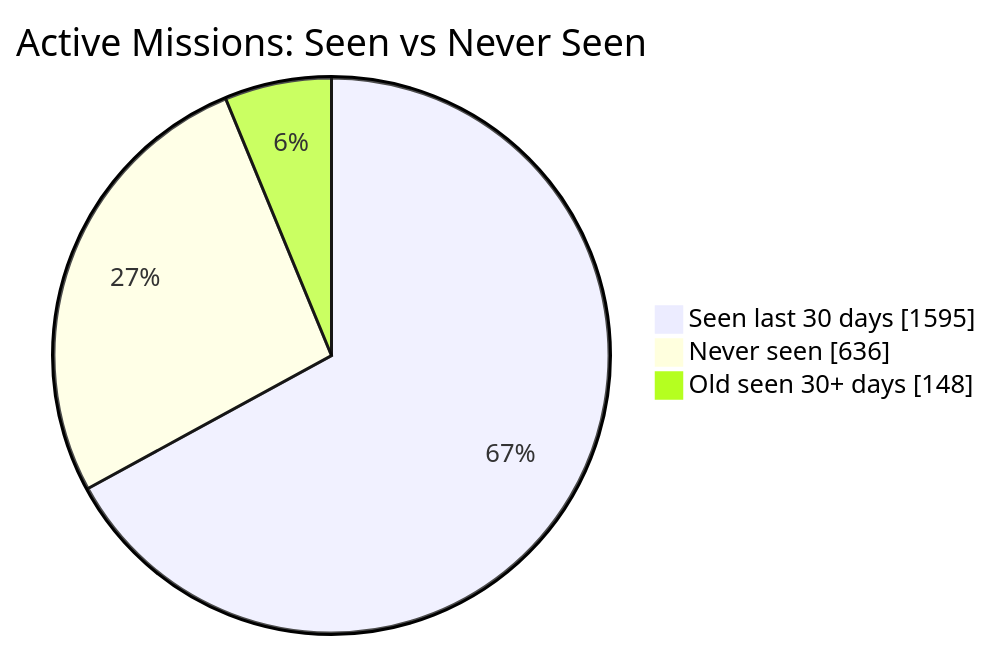
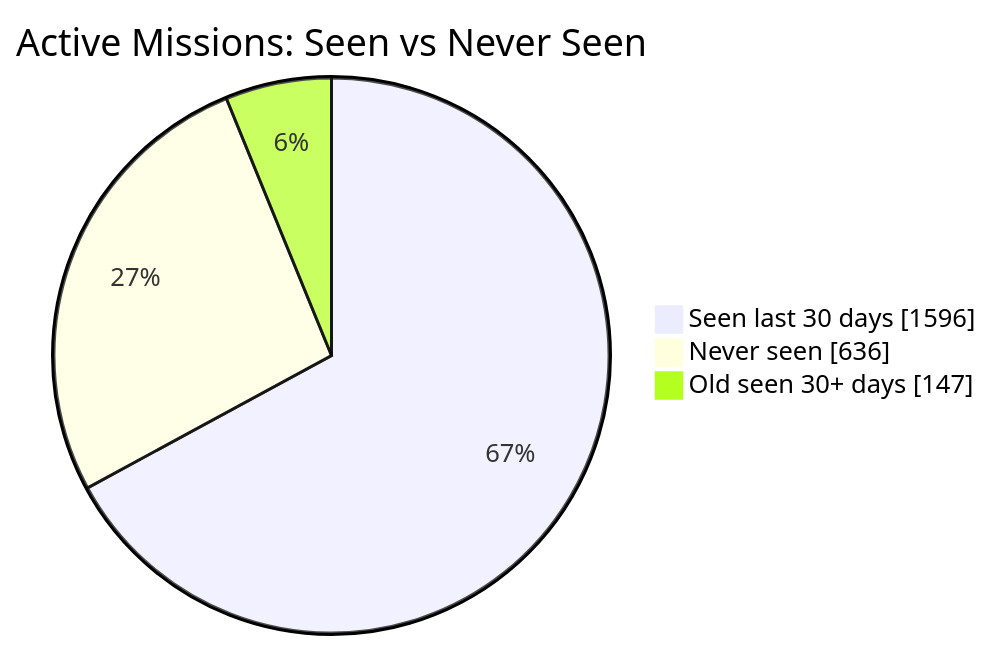
Before and after one commit to MeldkamerspelGameTeam/active-missions: the first of 2 diagrams in README.md, drawn with Mermaid. The commit also changed other lines of this file and 2 other files, not shown here.

````diff
--- a/README.md
+++ b/README.md
@@ -34,7 +34,7 @@
 ```mermaid
 pie showData
     title Active Missions: Seen vs Never Seen
-    "Seen last 30 days" : 1595
+    "Seen last 30 days" : 1596
     "Never seen" : 636
-    "Old seen 30+ days" : 148
+    "Old seen 30+ days" : 147
 ```
````
